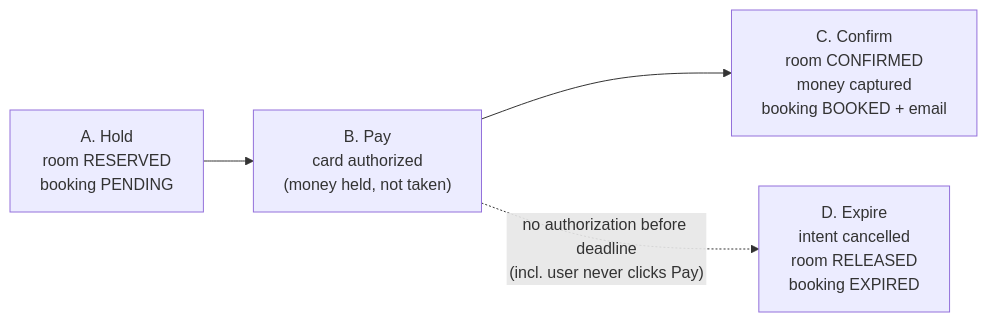
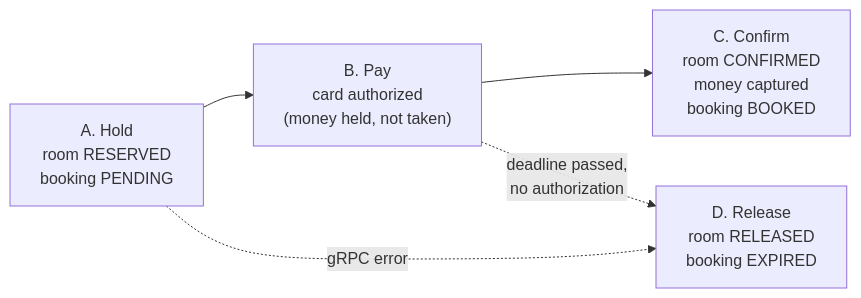
The second of 2 diagrams in doc/uc1-create-booking/README.md (TranQuangPhong/hotel-booking-hexagon), drawn with Mermaid before and after one commit. The commit also changed other lines of this file and 12 other files, not shown here.

````diff
--- a/doc/uc1-create-booking/README.md
+++ b/doc/uc1-create-booking/README.md
@@ -64,6 +62,7 @@
 ```mermaid
 flowchart LR
     A["A. Hold<br/>room RESERVED<br/>booking PENDING"] --> B["B. Pay<br/>card authorized<br/>(money held, not taken)"]
-    B --> C["C. Confirm<br/>room CONFIRMED<br/>money captured<br/>booking BOOKED + email"]
-    B -. "no authorization before deadline<br/>(incl. user never clicks Pay)" .-> D["D. Expire<br/>intent cancelled<br/>room RELEASED<br/>booking EXPIRED"]
+    B --> C["C. Confirm<br/>room CONFIRMED<br/>money captured<br/>booking BOOKED"]
+    B -. "deadline passed,<br/>no authorization" .-> D["D. Release<br/>room RELEASED<br/>booking EXPIRED"]
+    A -. "gRPC error" .-> D
 ```
````
